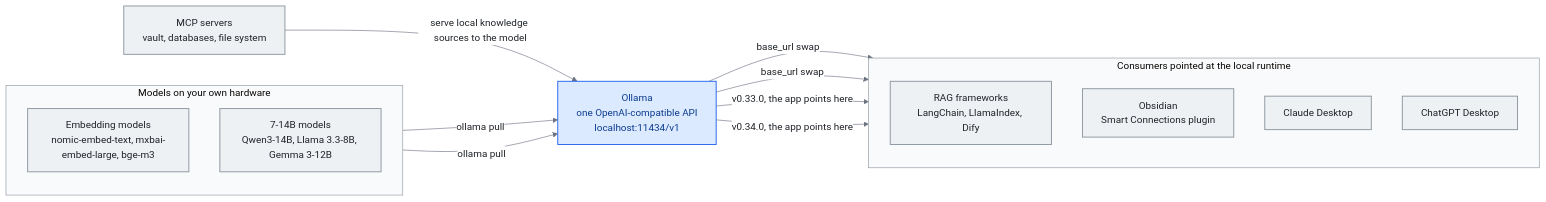
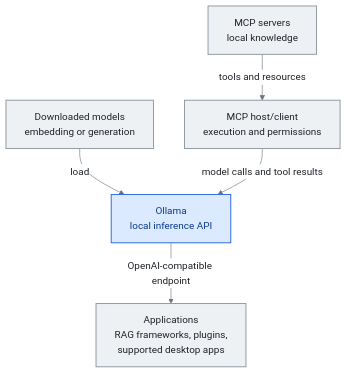
Before and after one commit to kennethlaw325/awesome-llm-knowledge-systems: the diagram in chapters/12-local-models.md, drawn with Mermaid. The commit also changed other lines of this file and 50 other files, not shown here.

````diff
--- a/chapters/12-local-models.md
+++ b/chapters/12-local-models.md
@@ -11,30 +13,16 @@
 ```mermaid
-%%{init: {'theme':'base','themeVariables':{'primaryColor':'#eef1f4','primaryTextColor':'#1f2328','primaryBorderColor':'#8c959f','lineColor':'#6b7280','tertiaryColor':'#f6f8fa','clusterBkg':'#f9fafb','clusterBorder':'#8c959f','edgeLabelBackground':'#ffffff'}}}%%
-flowchart LR
-    subgraph LOCAL["Models on your own hardware"]
-      direction TB
-      EMB["Embedding models<br/>nomic-embed-text, mxbai-embed-large, bge-m3"]
-      GEN["7-14B models<br/>Qwen3-14B, Llama 3.3-8B, Gemma 3-12B"]
-    end
-    EMB -->|ollama pull| OLL
-    GEN -->|ollama pull| OLL
-    MCPS["MCP servers<br/>vault, databases, file system"] -->|serve local knowledge sources to the model| OLL
-    OLL["Ollama<br/>one OpenAI-compatible API<br/>localhost:11434/v1"]
-    subgraph CONS["Consumers pointed at the local runtime"]
-      direction TB
-      RAG["RAG frameworks<br/>LangChain, LlamaIndex, Dify"]
-      OBS["Obsidian<br/>Smart Connections plugin"]
-      CD["Claude Desktop"]
-      CG["ChatGPT Desktop"]
-    end
-    OLL -->|base_url swap| RAG
-    OLL -->|base_url swap| OBS
-    OLL -->|v0.33.0, the app points here| CD
-    OLL -->|v0.34.0, the app points here| CG
-    class EMB,GEN,RAG,OBS,MCPS,CD,CG stable
+%%{init: {'flowchart':{'useMaxWidth':false},'theme':'base','themeVariables':{'primaryColor':'#eef1f4','primaryTextColor':'#1f2328','primaryBorderColor':'#8c959f','lineColor':'#6b7280','tertiaryColor':'#f6f8fa','clusterBkg':'#f9fafb','clusterBorder':'#8c959f','edgeLabelBackground':'#ffffff'}}}%%
+flowchart TB
+    MODELS["Downloaded models<br/>embedding or generation"] -->|load| OLL
+    MCPS["MCP servers<br/>local knowledge"] -->|tools and resources| HOST
+    HOST["MCP host/client<br/>execution and permissions"]
+    OLL["Ollama<br/>local inference API"]
+    HOST -->|model calls and tool results| OLL
+    OLL -->|OpenAI-compatible endpoint| APPS["Applications<br/>RAG frameworks, plugins,<br/>supported desktop apps"]
+    class MODELS,MCPS,HOST,APPS stable
     class OLL accent
 classDef stable fill:#eef1f4,stroke:#8c959f,stroke-width:1.5px,color:#1f2328
 classDef accent fill:#dbeafe,stroke:#2563eb,stroke-width:1.5px,color:#0b3a8f
 classDef muted fill:#f6f8fa,stroke:#adb5bd,stroke-width:1.5px,color:#57606a
 classDef gate fill:#ffffff,stroke:#2563eb,stroke-width:1.5px,color:#0b3a8f
 ```
````
